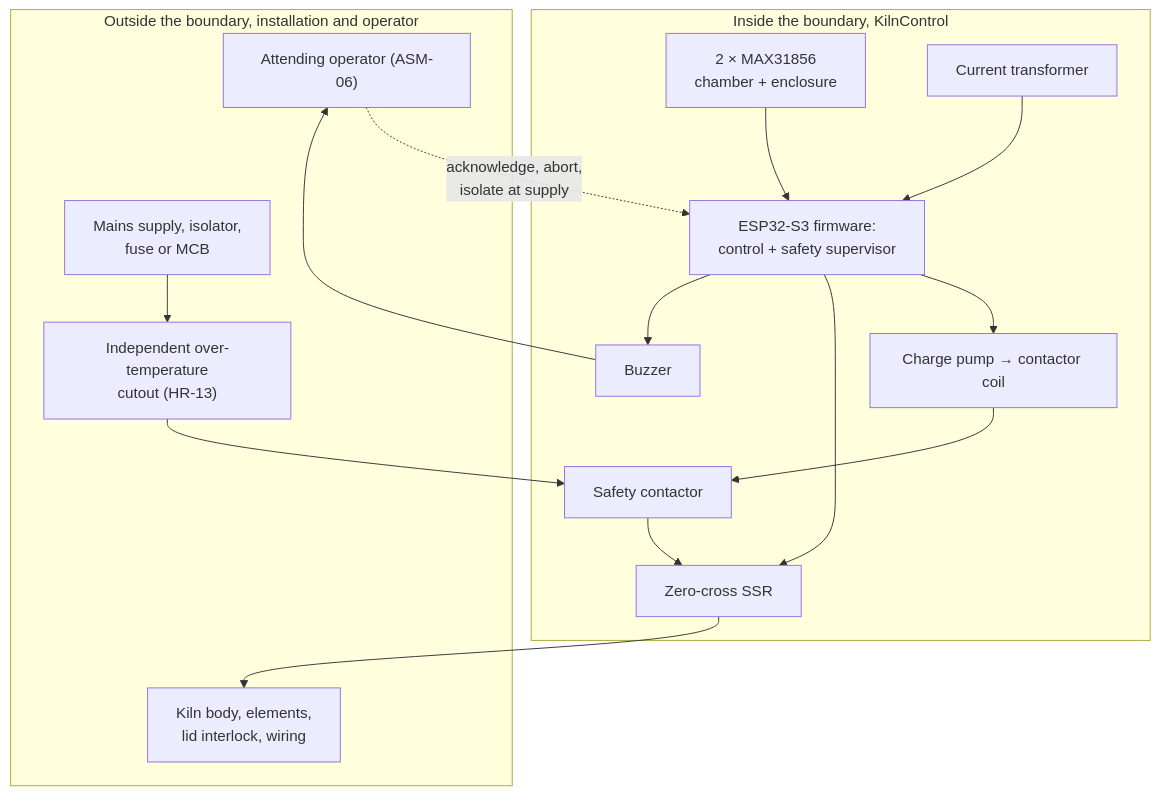
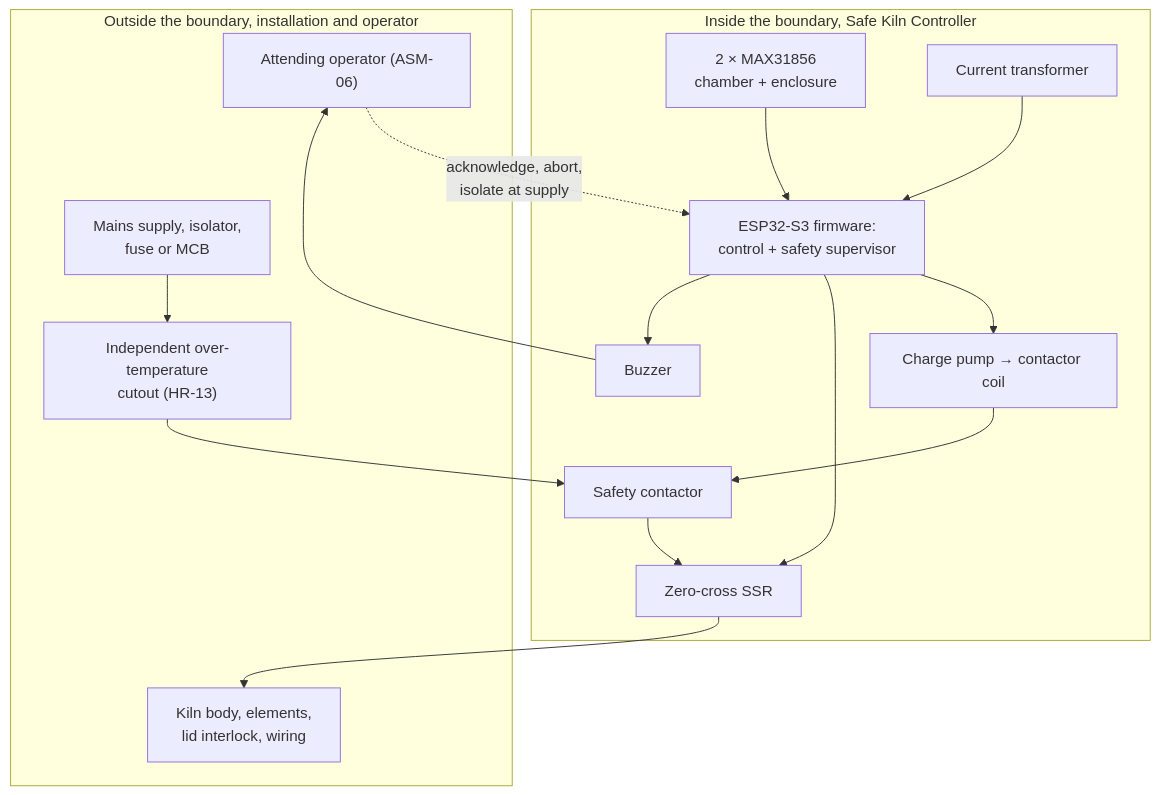
One commit to bitcrushtesting/SafeKilnController changed the first of 2 diagrams in docs/safety.md. Above: the diagram before and after it, drawn with Mermaid. The commit also changed other lines of this file and 20 other files, not shown here.

First line of the commit message:
chore: rename the project to Safe Kiln Controller

````diff
--- a/docs/safety.md
+++ b/docs/safety.md
@@ -64,25 +64,25 @@
 ```mermaid
 flowchart TB
     subgraph OUT["Outside the boundary, installation and operator"]
         SUP["Mains supply, isolator,<br/>fuse or MCB"]
         CUT["Independent over-temperature<br/>cutout (HR-13)"]
         OP["Attending operator (ASM-06)"]
         KILN["Kiln body, elements,<br/>lid interlock, wiring"]
     end
-    subgraph IN["Inside the boundary, KilnControl"]
+    subgraph IN["Inside the boundary, Safe Kiln Controller"]
         MCU["ESP32-S3 firmware:<br/>control + safety supervisor"]
         CP["Charge pump → contactor coil"]
         CON["Safety contactor"]
         SSR["Zero-cross SSR"]
         TC["2 × MAX31856<br/>chamber + enclosure"]
         CT["Current transformer"]
         BUZ["Buzzer"]
     end
     SUP --> CUT --> CON --> SSR --> KILN
     MCU --> CP --> CON
     MCU --> SSR
     TC --> MCU
     CT --> MCU
     MCU --> BUZ --> OP
     OP -.->|"acknowledge, abort,<br/>isolate at supply"| MCU
 ```
````
